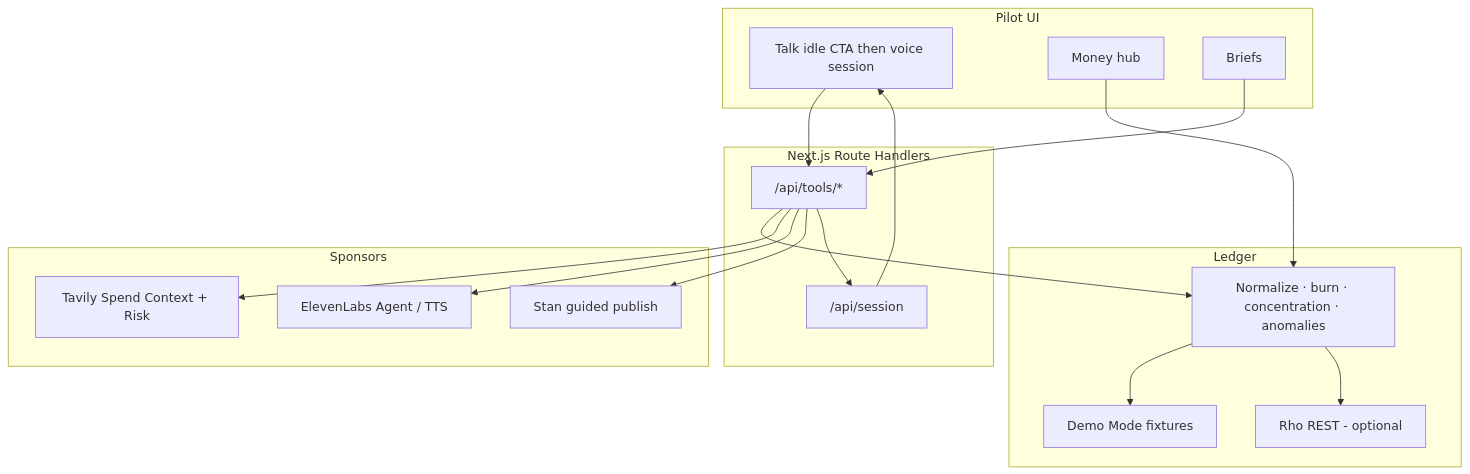
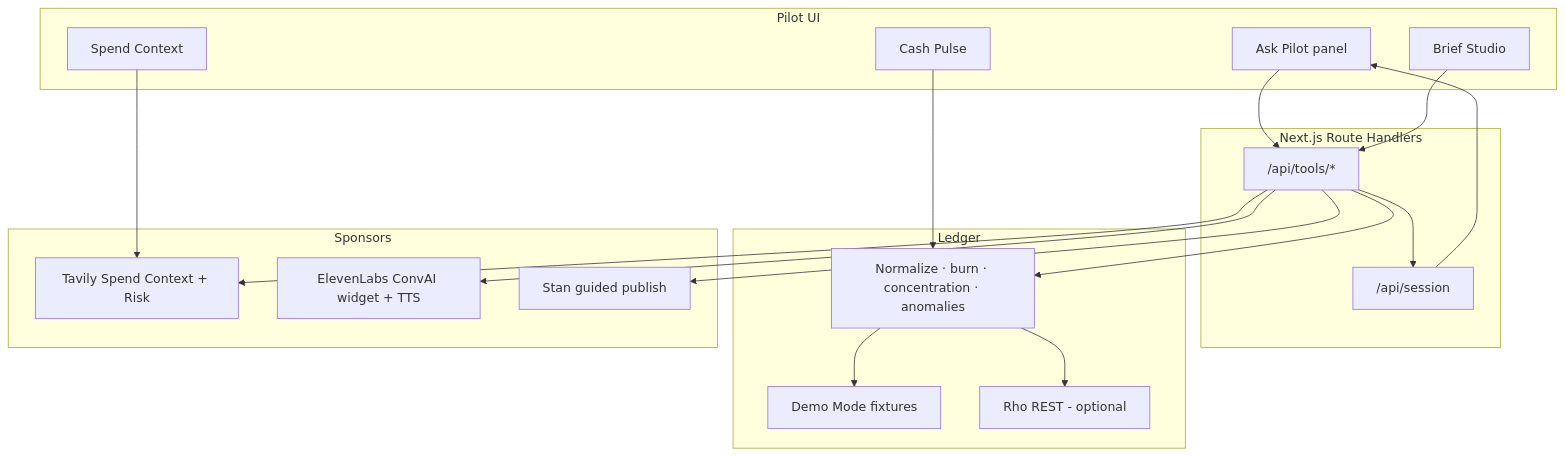
Before and after one commit to belalezat1/Rho-Hacks: the diagram in README.md, drawn with Mermaid. The commit also changed other lines of this file and 11 other files, not shown here.

````diff
--- a/README.md
+++ b/README.md
@@ -30,37 +28,39 @@
 ```mermaid
 flowchart TB
   subgraph ui [Pilot UI]
-    Talk[Talk idle CTA then voice session]
-    Money[Money hub]
-    Briefs[Briefs]
+    Pilot[Ask Pilot panel]
+    Cash[Cash Pulse]
+    Spend[Spend Context]
+    Briefs[Brief Studio]
   end
 
   subgraph api [Next.js Route Handlers]
     Tools["/api/tools/*"]
     Session["/api/session"]
   end
 
   subgraph data [Ledger]
     Demo[Demo Mode fixtures]
     RhoAPI[Rho REST - optional]
     Analytics[Normalize · burn · concentration · anomalies]
   end
 
   subgraph sponsors [Sponsors]
     Tavily[Tavily Spend Context + Risk]
-    EL[ElevenLabs Agent / TTS]
+    EL[ElevenLabs ConvAI widget + TTS]
     Stan[Stan guided publish]
   end
 
-    Talk --> Tools
-    Money --> Analytics
+    Pilot --> Tools
+    Cash --> Analytics
+    Spend --> Tavily
     Briefs --> Tools
     Tools --> Analytics
     Tools --> Tavily
     Tools --> EL
     Tools --> Stan
     Analytics --> Demo
     Analytics --> RhoAPI
     Tools --> Session
-    Session --> Talk
+    Session --> Pilot
 ```
````
